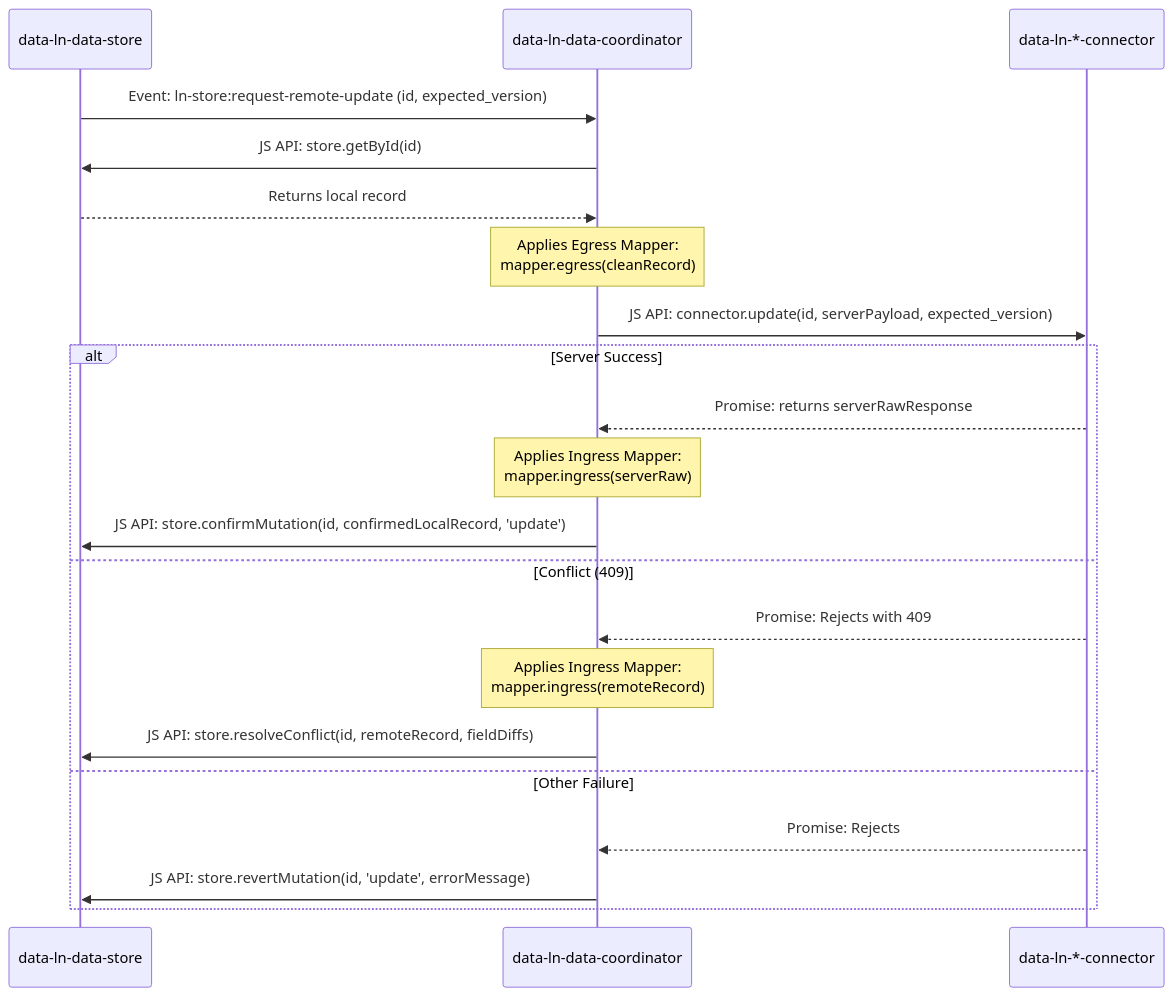
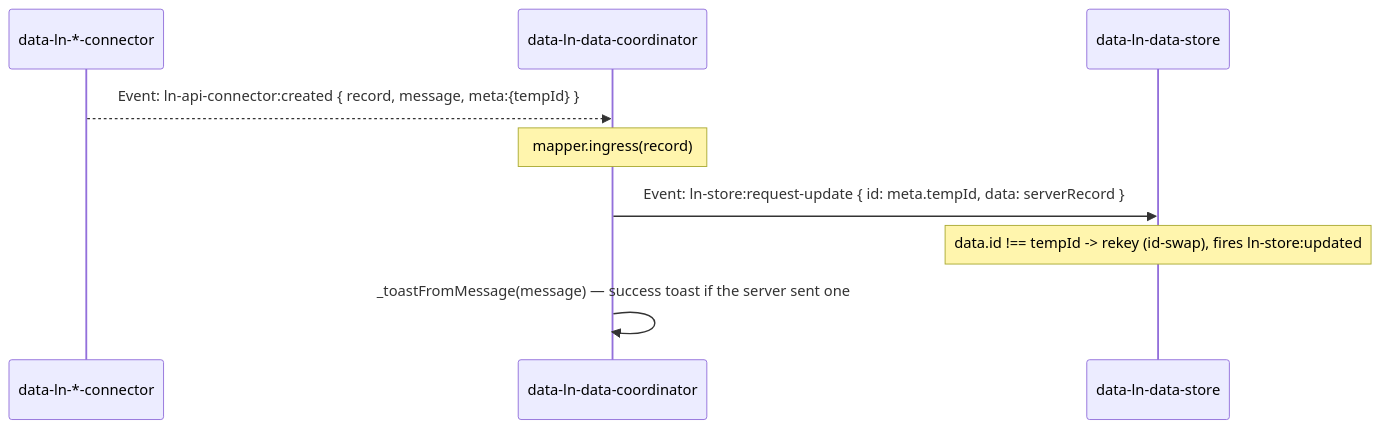
Before and after one commit to livenetworks/ln-ashlar: the third of 3 diagrams in js/ln-data-coordinator/README.md, drawn with Mermaid. The commit also changed other lines of this file and 62 other files, not shown here.

````diff
--- a/js/ln-data-coordinator/README.md
+++ b/js/ln-data-coordinator/README.md
@@ -182,24 +244,12 @@
 ```mermaid
 sequenceDiagram
+    participant Gateway as data-ln-*-connector
+    participant Coord as data-ln-data-coordinator
     participant Store as data-ln-data-store
-    participant Coord as data-ln-data-coordinator
-    participant Gateway as data-ln-*-connector
-    
-    Store->>Coord: Event: ln-store:request-remote-update (id, expected_version)
-    Coord->>Store: JS API: store.getById(id)
-    Store-->>Coord: Returns local record
-    Note over Coord: Applies Egress Mapper:<br/>mapper.egress(cleanRecord)
-    Coord->>Gateway: JS API: connector.update(id, serverPayload, expected_version)
-    alt Server Success
-        Gateway-->>Coord: Promise: returns serverRawResponse
-        Note over Coord: Applies Ingress Mapper:<br/>mapper.ingress(serverRaw)
-        Coord->>Store: JS API: store.confirmMutation(id, confirmedLocalRecord, 'update')
-    else Conflict (409)
-        Gateway-->>Coord: Promise: Rejects with 409
-        Note over Coord: Applies Ingress Mapper:<br/>mapper.ingress(remoteRecord)
-        Coord->>Store: JS API: store.resolveConflict(id, remoteRecord, fieldDiffs)
-    else Other Failure
-        Gateway-->>Coord: Promise: Rejects
-        Coord->>Store: JS API: store.revertMutation(id, 'update', errorMessage)
-    end
+
+    Gateway-->>Coord: Event: ln-api-connector:created { record, message, meta:{tempId} }
+    Note over Coord: mapper.ingress(record)
+    Coord->>Store: Event: ln-store:request-update { id: meta.tempId, data: serverRecord }
+    Note over Store: data.id !== tempId -> rekey (id-swap), fires ln-store:updated
+    Coord->>Coord: _toastFromMessage(message) — success toast if the server sent one
 ```
````
